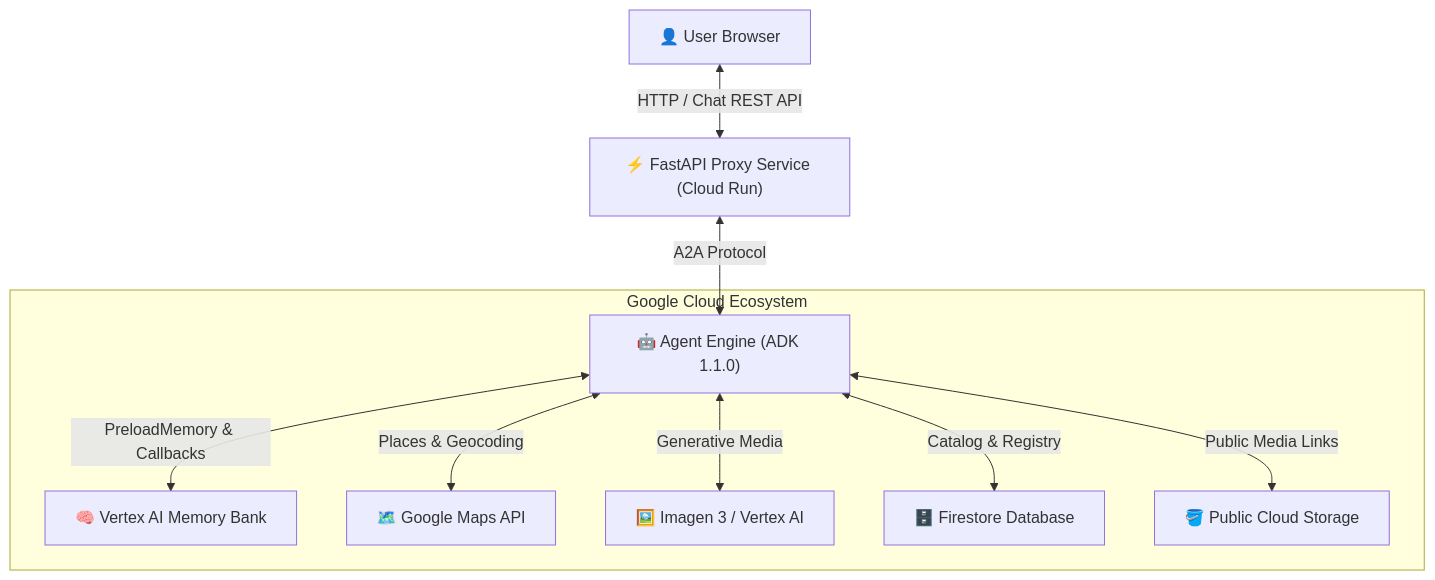
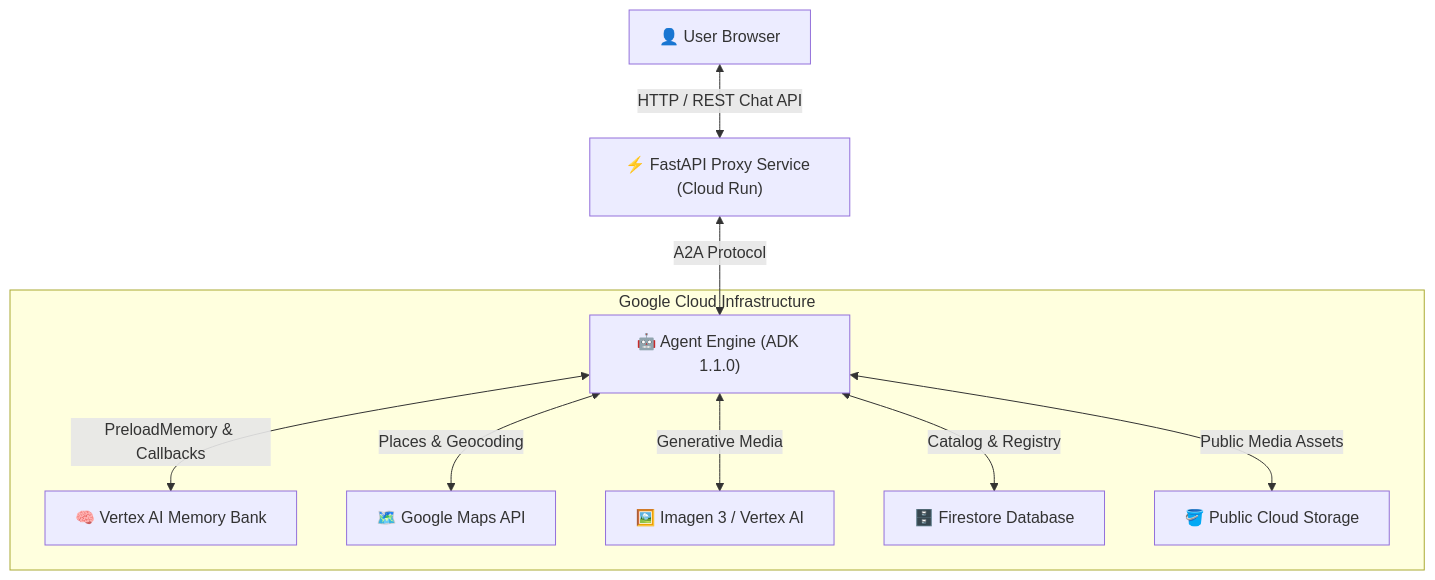
One commit to K-MohanSaiTeja/buildwithgemini-travel-concierge changed the diagram in README.md. Above: the diagram before and after it, drawn with Mermaid. The commit also changed other lines of this file and 6 other files, not shown here.

````diff
--- a/README.md
+++ b/README.md
@@ -38,13 +47,13 @@
 ```mermaid
 graph TD
-    User["👤 User Browser"] <-->|HTTP / Chat REST API| Proxy["⚡ FastAPI Proxy Service (Cloud Run)"]
+    User["👤 User Browser"] <-->|HTTP / REST Chat API| Proxy["⚡ FastAPI Proxy Service (Cloud Run)"]
     Proxy <-->|A2A Protocol| AgentEngine["🤖 Agent Engine (ADK 1.1.0)"]
     
-    subgraph Google Cloud Ecosystem
+    subgraph Google Cloud Infrastructure
         AgentEngine <-->|PreloadMemory & Callbacks| MemoryBank["🧠 Vertex AI Memory Bank"]
         AgentEngine <-->|Places & Geocoding| MapsAPI["🗺️ Google Maps API"]
         AgentEngine <-->|Generative Media| Imagen["🖼️ Imagen 3 / Vertex AI"]
         AgentEngine <-->|Catalog & Registry| Firestore["🗄️ Firestore Database"]
-        AgentEngine <-->|Public Media Links| GCS["🪣 Public Cloud Storage"]
+        AgentEngine <-->|Public Media Assets| GCS["🪣 Public Cloud Storage"]
     end
 ```
````
